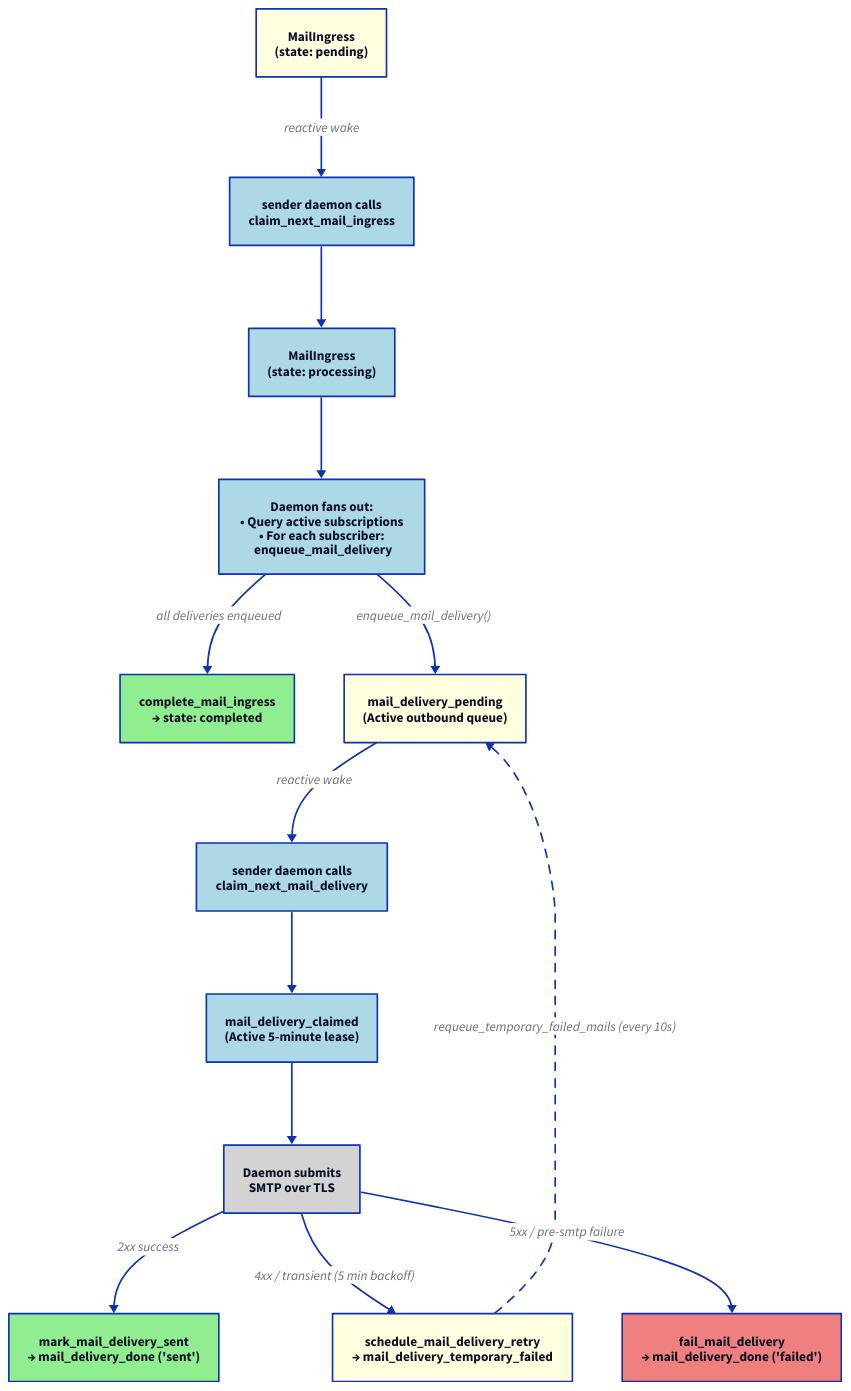
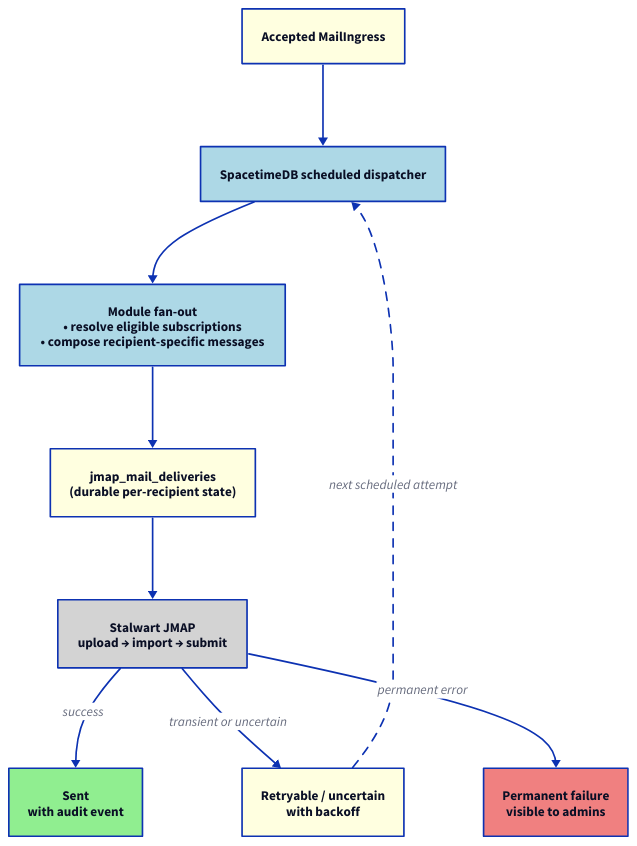
The diagram in docs/src/email/event-flow-delivery-pipeline.d2 (enaut/kommunikationszentrum), drawn with D2 before and after one commit. The commit also changed 247 other files, not shown here.

Commit message:
remove the old sender daemon and update docs

```diff
--- a/docs/src/email/event-flow-delivery-pipeline.d2
+++ b/docs/src/email/event-flow-delivery-pipeline.d2
@@ -1,34 +1,19 @@
 direction: down
 
-pending: "MailIngress\n(state: pending)" { style.fill: lightyellow }
-claim_i: "sender daemon calls\nclaim_next_mail_ingress" { style.fill: lightblue }
-proc: "MailIngress\n(state: processing)" { style.fill: lightblue }
+pending: "Accepted MailIngress" { style.fill: lightyellow }
+schedule: "SpacetimeDB scheduled dispatcher" { style.fill: lightblue }
+fanout: "Module fan-out\n• resolve eligible subscriptions\n• compose recipient-specific messages" { style.fill: lightblue }
+delivery: "jmap_mail_deliveries\n(durable per-recipient state)" { style.fill: lightyellow }
+jmap: "Stalwart JMAP\nupload → import → submit" { style.fill: lightgray }
+sent: "Sent\nwith audit event" { style.fill: lightgreen }
+retry: "Retryable / uncertain\nwith backoff" { style.fill: lightyellow }
+failed: "Permanent failure\nvisible to admins" { style.fill: lightcoral }
 
-fanout: "Daemon fans out:\n• Query active subscriptions\n• For each subscriber:\n  enqueue_mail_delivery" { style.fill: lightblue }
-complete: "complete_mail_ingress\n→ state: completed" { style.fill: lightgreen }
-
-queued: "mail_delivery_pending\n(Active outbound queue)" { style.fill: lightyellow }
-
-claim_d: "sender daemon calls\nclaim_next_mail_delivery" { style.fill: lightblue }
-sending: "mail_delivery_claimed\n(Active 5-minute lease)" { style.fill: lightblue }
-
-smtp: "Daemon submits\nSMTP over TLS" { style.fill: lightgray }
-
-sent: "mark_mail_delivery_sent\n→ mail_delivery_done ('sent')" { style.fill: lightgreen }
-retry: "schedule_mail_delivery_retry\n→ mail_delivery_temporary_failed" { style.fill: lightyellow }
-fail: "fail_mail_delivery\n→ mail_delivery_done ('failed')" { style.fill: lightcoral }
-
-pending -> claim_i: "reactive wake"
-claim_i -> proc
-proc -> fanout
-fanout -> complete: "all deliveries enqueued"
-fanout -> queued: "enqueue_mail_delivery()"
-queued -> claim_d: "reactive wake"
-claim_d -> sending
-sending -> smtp
-
-smtp -> sent: "2xx success"
-smtp -> retry: "4xx / transient (5 min backoff)"
-smtp -> fail: "5xx / pre-smtp failure"
-
-retry -> queued: "requeue_temporary_failed_mails (every 10s)" { style.stroke-dash: 5 }
+pending -> schedule
+schedule -> fanout
+fanout -> delivery
+ delivery -> jmap
+jmap -> sent: "success"
+jmap -> retry: "transient or uncertain"
+jmap -> failed: "permanent error"
+retry -> schedule: "next scheduled attempt" { style.stroke-dash: 5 }
```
